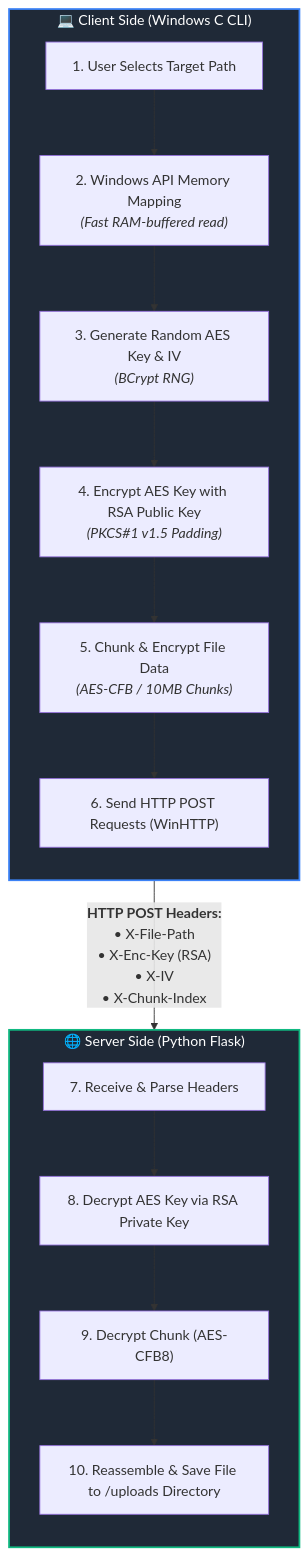
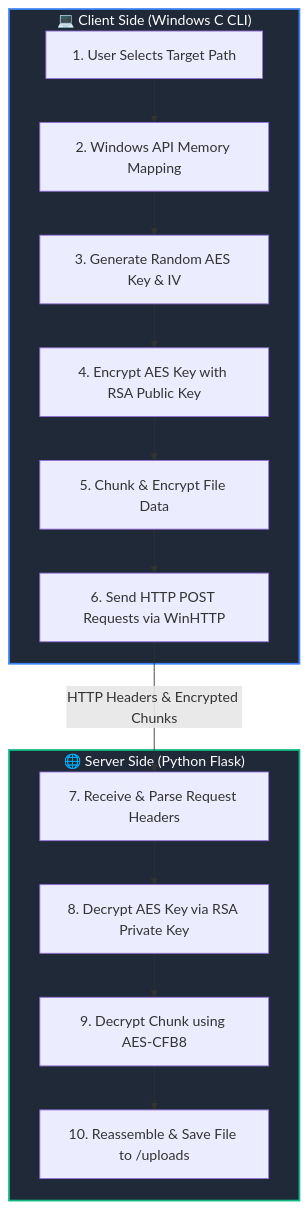
One commit to 0xErSHaD/IronBridge changed the diagram in README.md. Above: the diagram before and after it, drawn with Mermaid. The commit also changed other lines of this file, not shown here.

````diff
--- a/README.md
+++ b/README.md
@@ -26,29 +20,20 @@
 ```mermaid
 graph TD
     subgraph Client ["💻 Client Side (Windows C CLI)"]
-        direction TB
-        A["1. User Selects Target Path"]
-        B["2. Windows API Memory Mapping<br/><i>(Fast RAM-buffered read)</i>"]
-        C["3. Generate Random AES Key & IV<br/><i>(BCrypt RNG)</i>"]
-        D["4. Encrypt AES Key with RSA Public Key<br/><i>(PKCS#1 v1.5 Padding)</i>"]
-        E["5. Chunk & Encrypt File Data<br/><i>(AES-CFB / 10MB Chunks)</i>"]
-        F["6. Send HTTP POST Requests (WinHTTP)"]
-
-        A --> B --> C --> D --> E --> F
+        A[1. User Selects Target Path] --> B[2. Windows API Memory Mapping]
+        B --> C[3. Generate Random AES Key & IV]
+        C --> D[4. Encrypt AES Key with RSA Public Key]
+        D --> E[5. Chunk & Encrypt File Data]
+        E --> F[6. Send HTTP POST Requests via WinHTTP]
     end
 
     subgraph Server ["🌐 Server Side (Python Flask)"]
-        direction TB
-        G["7. Receive & Parse Headers"]
-        H["8. Decrypt AES Key via RSA Private Key"]
-        I["9. Decrypt Chunk (AES-CFB8)"]
-        J["10. Reassemble & Save File to /uploads Directory"]
-
-        G --> H --> I --> J
+        F -->|HTTP Headers & Encrypted Chunks| G[7. Receive & Parse Request Headers]
+        G --> H[8. Decrypt AES Key via RSA Private Key]
+        H --> I[9. Decrypt Chunk using AES-CFB8]
+        I --> J[10. Reassemble & Save File to /uploads]
     end
-
-    F -->|"<b>HTTP POST Headers:</b><br/>• X-File-Path<br/>• X-Enc-Key (RSA)<br/>• X-IV<br/>• X-Chunk-Index"| G
 
     style Client fill:#1f2937,stroke:#3b82f6,stroke-width:2px,color:#fff
     style Server fill:#1f2937,stroke:#10b981,stroke-width:2px,color:#fff
 ```
````
